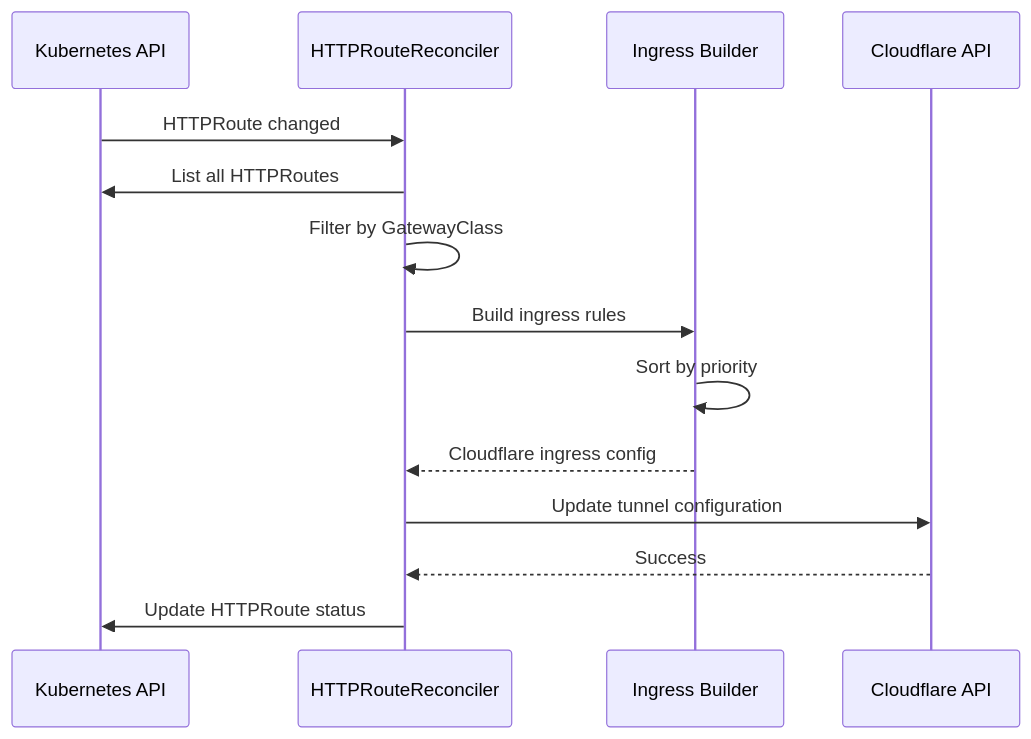
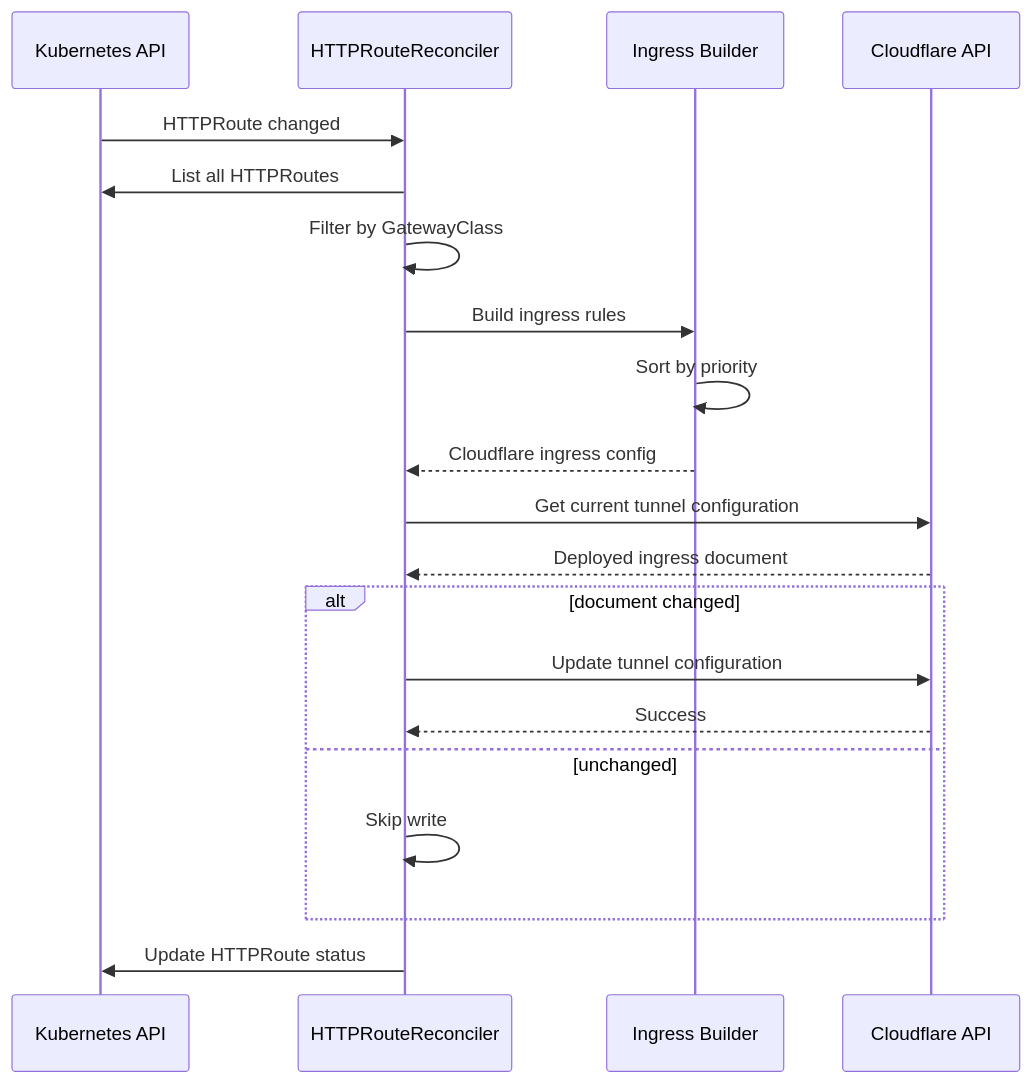
Before and after one commit to lexfrei/cloudflare-tunnel-gateway-controller: the third of 7 diagrams in docs/development/architecture.md, drawn with Mermaid. The commit also changed other lines of this file and 12 other files, not shown here.

````diff
--- a/docs/development/architecture.md
+++ b/docs/development/architecture.md
@@ -128,17 +128,23 @@
 ```mermaid
 sequenceDiagram
     participant K8s as Kubernetes API
     participant HR as HTTPRouteReconciler
     participant Builder as Ingress Builder
     participant CF as Cloudflare API
 
     K8s->>HR: HTTPRoute changed
     HR->>K8s: List all HTTPRoutes
     HR->>HR: Filter by GatewayClass
     HR->>Builder: Build ingress rules
     Builder->>Builder: Sort by priority
     Builder-->>HR: Cloudflare ingress config
-    HR->>CF: Update tunnel configuration
-    CF-->>HR: Success
+    HR->>CF: Get current tunnel configuration
+    CF-->>HR: Deployed ingress document
+    alt document changed
+        HR->>CF: Update tunnel configuration
+        CF-->>HR: Success
+    else unchanged
+        HR->>HR: Skip write
+    end
     HR->>K8s: Update HTTPRoute status
 ```
````
